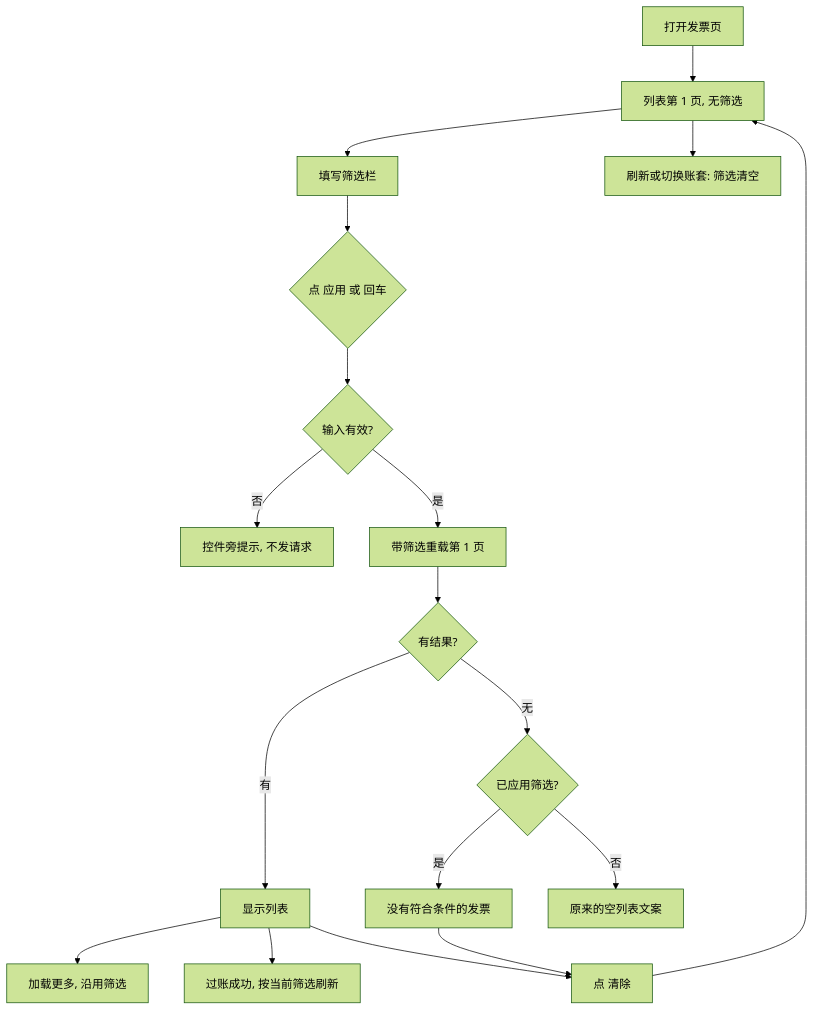
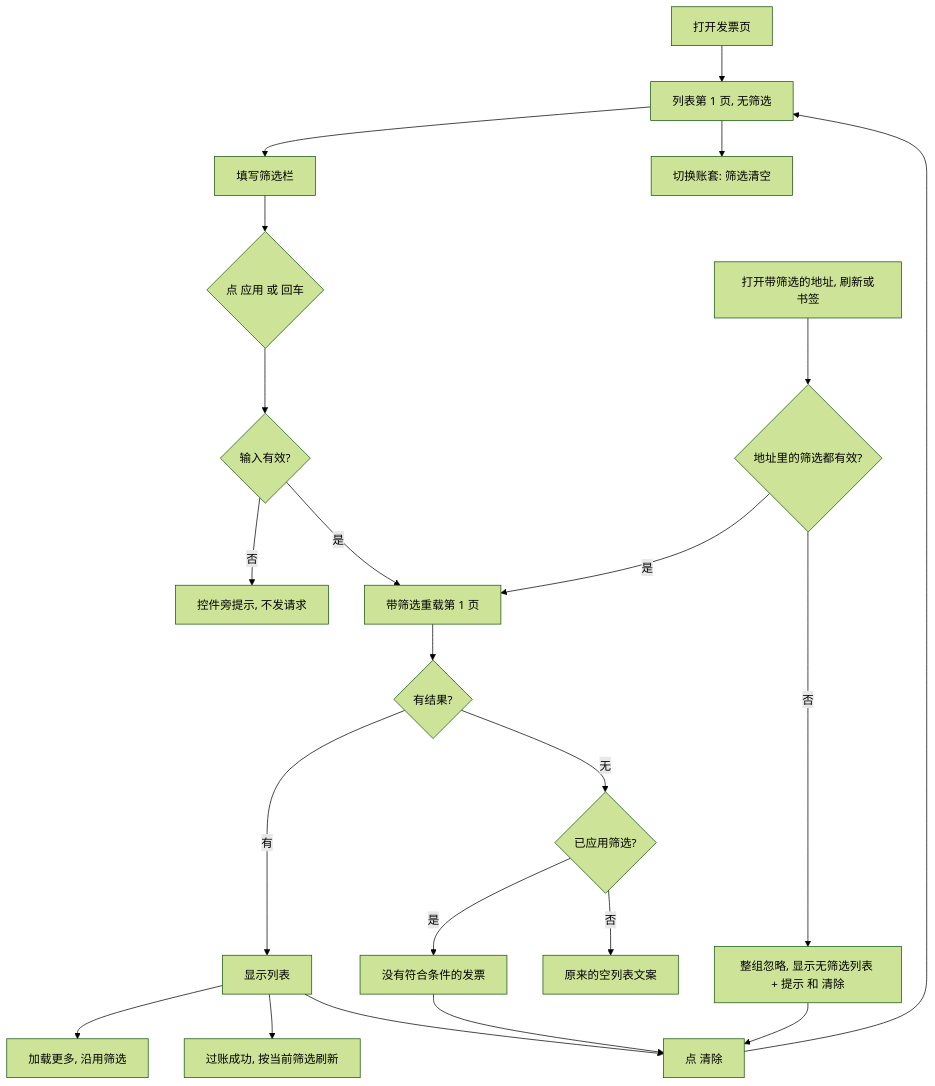
Before and after one commit to lingshf/ai-native-erp: the first of 3 diagrams in docs/flows/invoice-list-filter-flow.md, drawn with Mermaid (forest theme). The commit also changed other lines of this file and 7 other files, not shown here.

````diff
--- a/docs/flows/invoice-list-filter-flow.md
+++ b/docs/flows/invoice-list-filter-flow.md
@@ -7,20 +7,24 @@
 ```mermaid
 flowchart TD
   A[打开发票页] --> B[列表第 1 页, 无筛选]
   B --> C[填写筛选栏]
   C --> D{点 应用 或 回车}
   D --> E{输入有效?}
   E -- 否 --> F[控件旁提示, 不发请求]
   E -- 是 --> G[带筛选重载第 1 页]
   G --> H{有结果?}
   H -- 有 --> I[显示列表]
   H -- 无 --> H2{已应用筛选?}
   H2 -- 是 --> J[没有符合条件的发票]
   H2 -- 否 --> H3[原来的空列表文案]
   I --> K[加载更多, 沿用筛选]
   I --> L[过账成功, 按当前筛选刷新]
   I --> M[点 清除]
   J --> M
   M --> B
-  B --> N[刷新或切换账套: 筛选清空]
+  B --> N[切换账套: 筛选清空]
+  A2[打开带筛选的地址, 刷新或书签] --> V{地址里的筛选都有效?}
+  V -- 是 --> G
+  V -- 否 --> W[整组忽略, 显示无筛选列表 + 提示 和 清除]
+  W --> M
 ```
````
